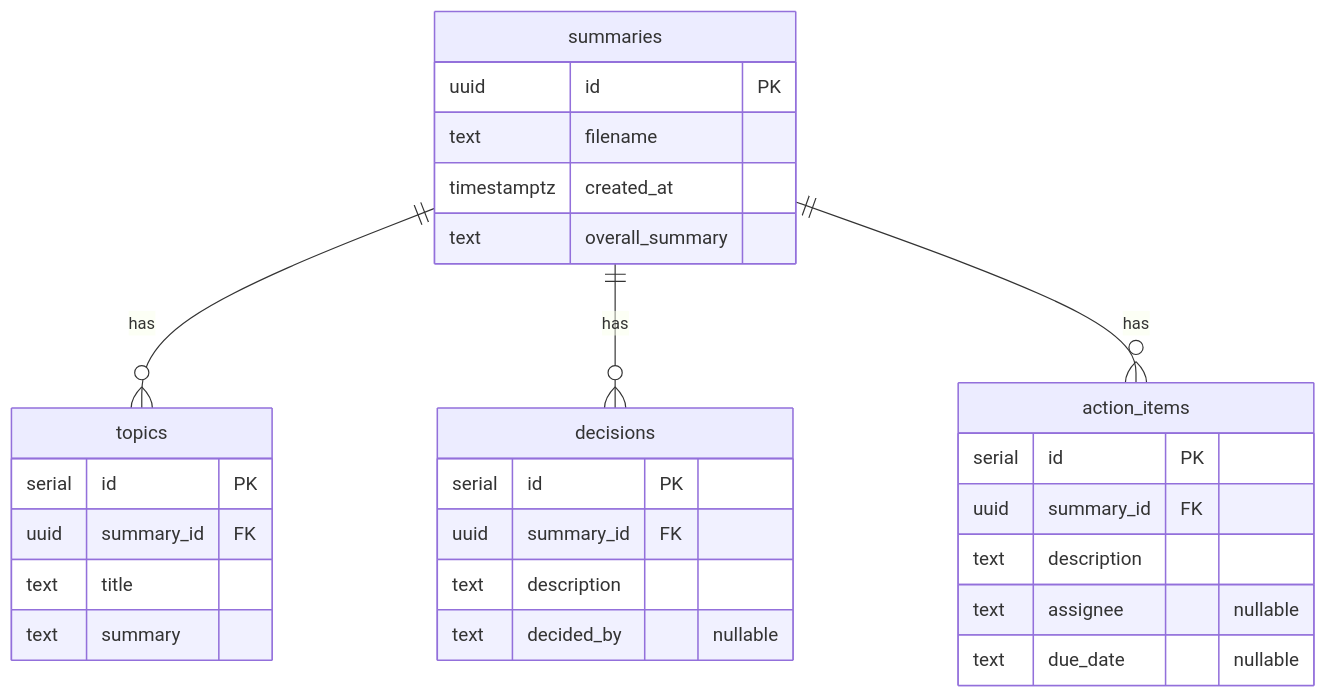
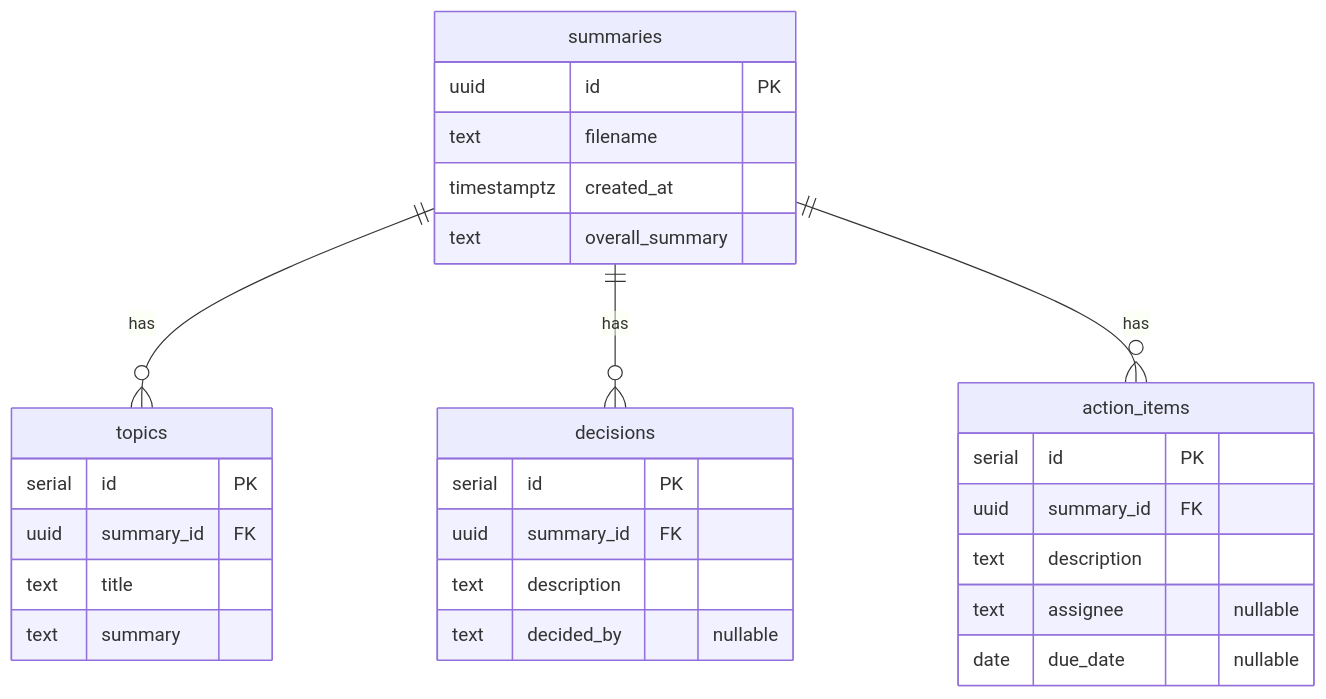
One commit to CHU1PC/Kikitoru changed the diagram in docs/db-diagram.md. Above: the diagram before and after it, drawn with Mermaid. The commit also changed other lines of this file and 3 other files, not shown here.

Commit message:
improve: pass recorded_at to LLM and fallback on malformed due_date

````diff
--- a/docs/db-diagram.md
+++ b/docs/db-diagram.md
@@ -5,35 +5,35 @@
 ```mermaid
 erDiagram
     summaries {
         uuid        id              PK
         text        filename
         timestamptz created_at
         text        overall_summary
     }
 
     topics {
         serial  id          PK
         uuid    summary_id  FK
         text    title
         text    summary
     }
 
     decisions {
         serial  id          PK
         uuid    summary_id  FK
         text    description
         text    decided_by  "nullable"
     }
 
     action_items {
         serial  id          PK
         uuid    summary_id  FK
         text    description
         text    assignee    "nullable"
-        text    due_date    "nullable"
+        date    due_date    "nullable"
     }
 
     summaries ||--o{ topics       : "has"
     summaries ||--o{ decisions    : "has"
     summaries ||--o{ action_items : "has"
 ```
````
